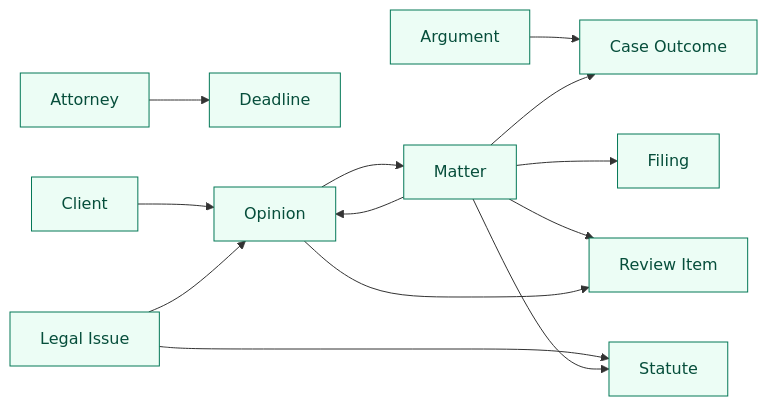
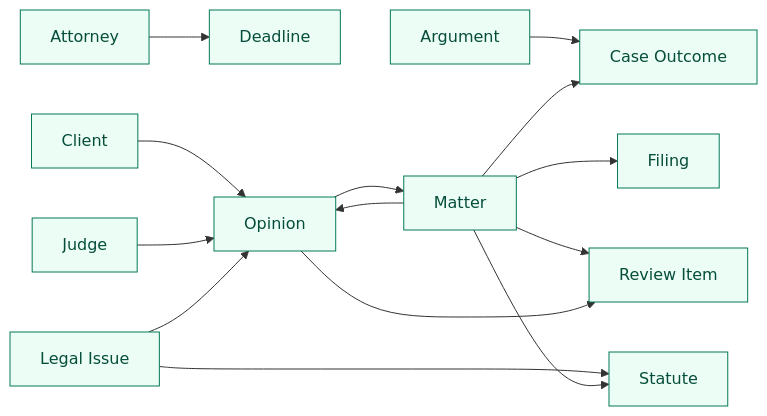
Before and after one commit to cruxible-ai/cruxible: the third of 3 diagrams in kits/case-law-monitoring/README.md, drawn with Mermaid. The commit also changed other lines of this file and 2 other files, not shown here.

First line of the commit message:
Shape case-law kit: ingest workflows, real jurisdiction, loop coverage

````diff
--- a/kits/case-law-monitoring/README.md
+++ b/kits/case-law-monitoring/README.md
@@ -348,29 +443,31 @@
 ```mermaid
 flowchart LR
   classDef queryEntity fill:#ecfdf5,stroke:#047857,color:#064e3b
 
   query_entity_Argument["Argument"]
   query_entity_Attorney["Attorney"]
   query_entity_CaseOutcome["Case Outcome"]
   query_entity_Client["Client"]
   query_entity_Deadline["Deadline"]
   query_entity_Filing["Filing"]
+  query_entity_Judge["Judge"]
   query_entity_LegalIssue["Legal Issue"]
   query_entity_Matter["Matter"]
   query_entity_Opinion["Opinion"]
   query_entity_ReviewItem["Review Item"]
   query_entity_Statute["Statute"]
-  class query_entity_Argument,query_entity_Attorney,query_entity_CaseOutcome,query_entity_Client,query_entity_Deadline,query_entity_Filing,query_entity_LegalIssue,query_entity_Matter,query_entity_Opinion,query_entity_ReviewItem,query_entity_Statute queryEntity
+  class query_entity_Argument,query_entity_Attorney,query_entity_CaseOutcome,query_entity_Client,query_entity_Deadline,query_entity_Filing,query_entity_Judge,query_entity_LegalIssue,query_entity_Matter,query_entity_Opinion,query_entity_ReviewItem,query_entity_Statute queryEntity
   query_entity_Argument --> query_entity_CaseOutcome
   query_entity_Attorney --> query_entity_Deadline
   query_entity_Client --> query_entity_Opinion
+  query_entity_Judge --> query_entity_Opinion
   query_entity_LegalIssue --> query_entity_Opinion
   query_entity_LegalIssue --> query_entity_Statute
   query_entity_Matter --> query_entity_CaseOutcome
   query_entity_Matter --> query_entity_Filing
   query_entity_Matter --> query_entity_Opinion
   query_entity_Matter --> query_entity_ReviewItem
   query_entity_Matter --> query_entity_Statute
   query_entity_Opinion --> query_entity_Matter
   query_entity_Opinion --> query_entity_ReviewItem
 ```
````
